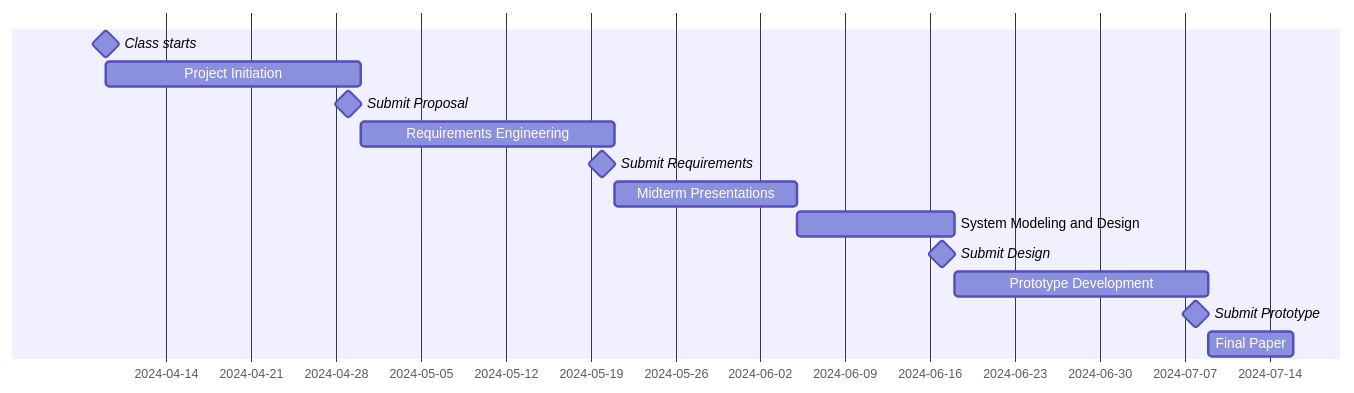
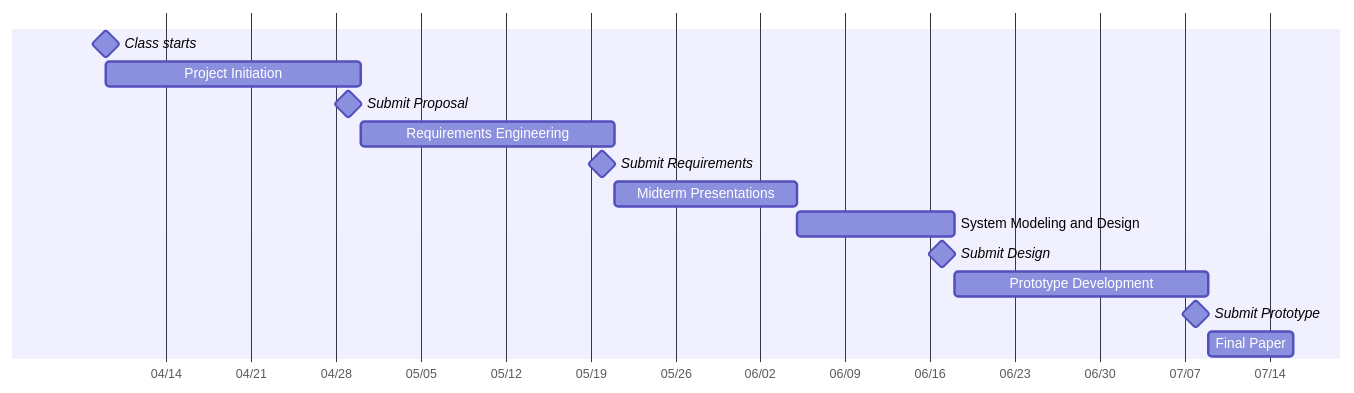
One commit to stavik31/Citizen-Centric-Human-Resource-Mangement-System changed the diagram in planning.md. Above: the diagram before and after it, drawn with Mermaid.

````diff
--- a/planning.md
+++ b/planning.md
@@ -10,16 +10,16 @@
 ```mermaid
 gantt
     dateFormat YYYY-MM-DD
-    axisFormat %Y-%m-%d
+    axisFormat %m/%d
     Class starts : milestone, m1, 2024-04-09,
     Project Initiation :s1, 2024-04-09, until s2
     Submit Proposal : milestone, m2, 2024-04-29,
     Requirements Engineering :s2, 2024-04-30, until s3
     Submit Requirements : milestone, m3, 2024-05-20,
     Midterm Presentations :s3, 2024-05-21, until s4
     System Modeling and Design :s4, 2024-06-05, until s5
     Submit Design : milestone, m3, 2024-06-17,
     Prototype Development :s5,  2024-06-18, until s6
     Submit Prototype : milestone, m2, 2024-07-08,
     Final Paper :s6, 2024-07-09, 1w
 ```
````
